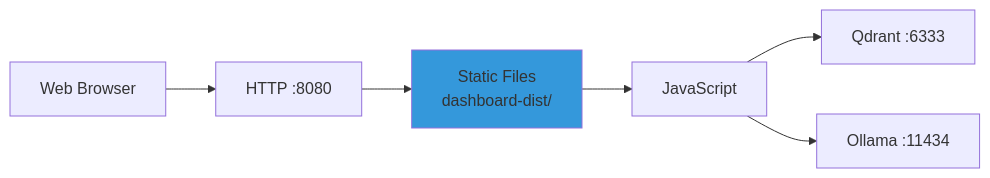
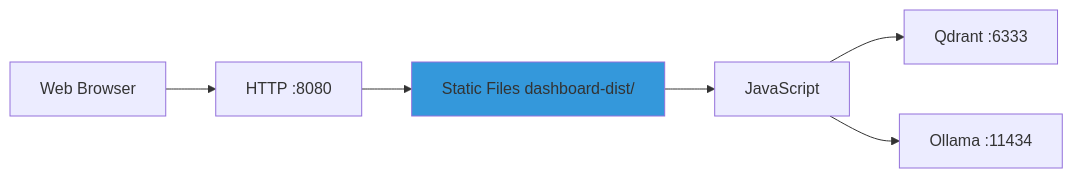
The third of 12 diagrams in wiki/Deployment-Architecture.md (softwarewrighter/rag-demo), drawn with Mermaid before and after one commit. The commit also changed other lines of this file and 7 other files, not shown here.

````diff
--- a/wiki/Deployment-Architecture.md
+++ b/wiki/Deployment-Architecture.md
@@ -221,10 +221,10 @@
 ```mermaid
 graph LR
     Browser[Web Browser] --> HTTP[HTTP :8080]
-    HTTP --> Static[Static Files<br/>dashboard-dist/]
+    HTTP --> Static[Static Files dashboard-dist/]
     Static --> JS[JavaScript]
     JS --> QD[Qdrant :6333]
     JS --> OL[Ollama :11434]
 
     style Static fill:#3498db
 ```
````
